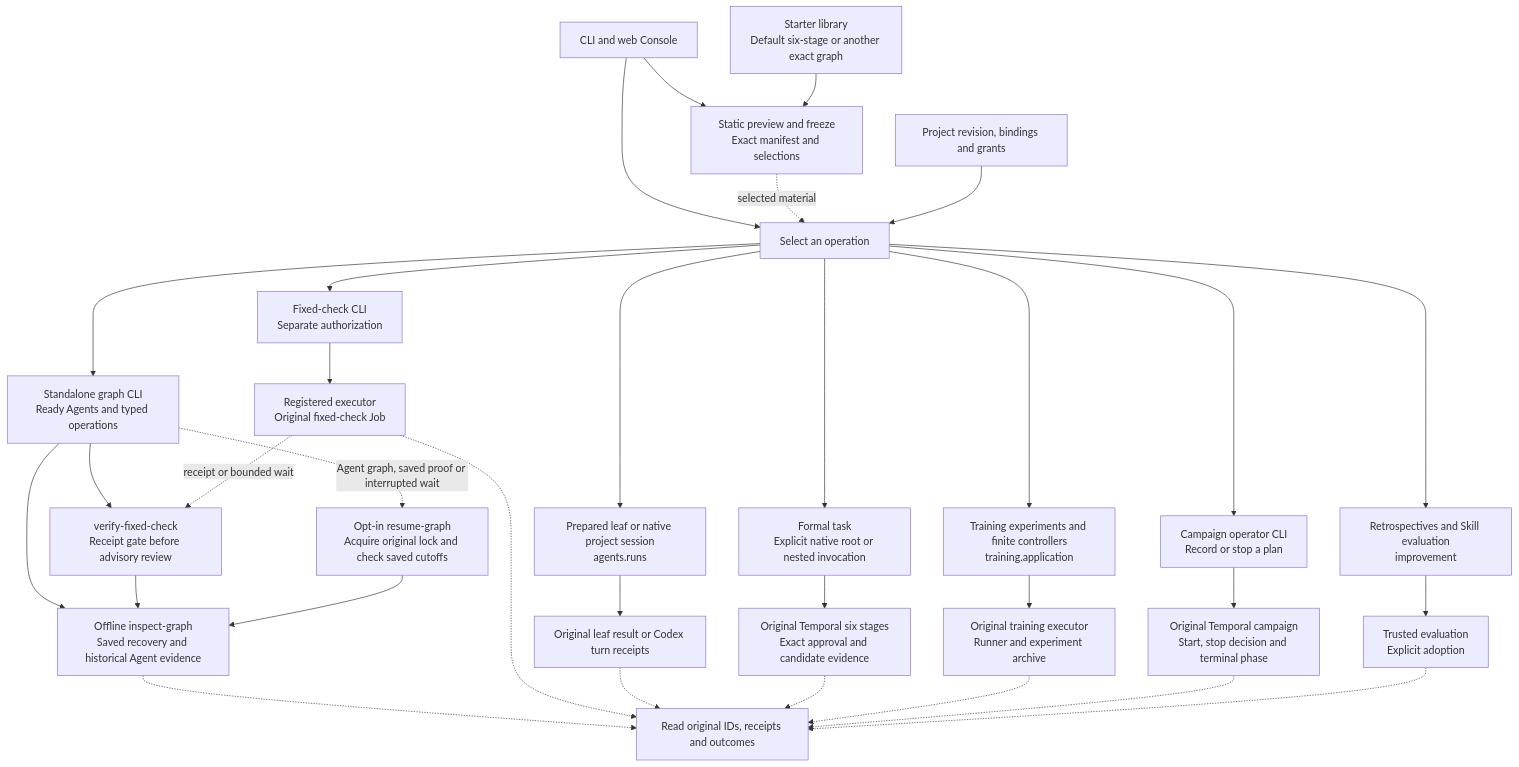
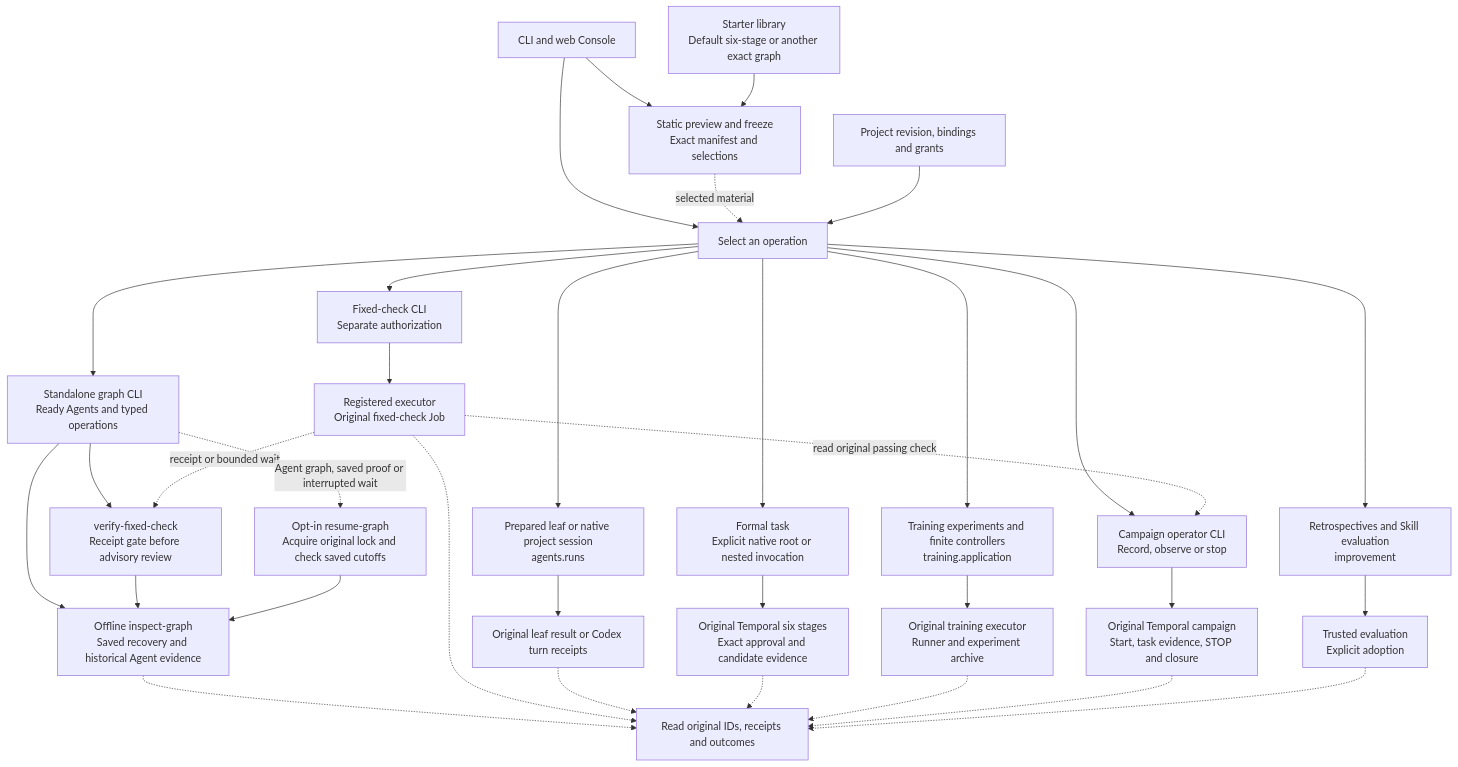
One commit to 626619403/Ergora changed the diagram in docs/architecture/framework-tour.md. Above: the diagram before and after it, drawn with Mermaid. The commit also changed other lines of this file and 1 other file, not shown here.

Commit message:
Map original fixed-check evidence in campaigns

````diff
--- a/docs/architecture/framework-tour.md
+++ b/docs/architecture/framework-tour.md
@@ -13,37 +13,38 @@
 ```mermaid
 flowchart TB
   Entry["CLI and web Console"] --> Select["Select an operation"]
   Entry --> Freeze["Static preview and freeze<br/>Exact manifest and selections"]
   Assets["Starter library<br/>Default six-stage or another exact graph"] --> Freeze
   Freeze -. "selected material" .-> Select
   Config["Project revision, bindings and grants"] --> Select
 
   Select --> Check["Fixed-check CLI<br/>Separate authorization"]
   Select --> Graph["Standalone graph CLI<br/>Ready Agents and typed operations"]
   Select --> Session["Prepared leaf or native project session<br/>agents.runs"]
   Select --> Dev["Formal task<br/>Explicit native root or nested invocation"]
   Select --> Train["Training experiments and finite controllers<br/>training.application"]
-  Select --> Campaign["Campaign operator CLI<br/>Record or stop a plan"]
+  Select --> Campaign["Campaign operator CLI<br/>Record, observe or stop"]
   Select --> Improve["Retrospectives and Skill evaluation<br/>improvement"]
 
   Check --> CheckJob["Registered executor<br/>Original fixed-check Job"]
   Graph --> GraphProof["Offline inspect-graph<br/>Saved recovery and historical Agent evidence"]
   Graph --> Gate["verify-fixed-check<br/>Receipt gate before advisory review"]
   CheckJob -. "receipt or bounded wait" .-> Gate
+  CheckJob -. "read original passing check" .-> Campaign
   Gate --> GraphProof
   Graph -. "Agent graph, saved proof or interrupted wait" .-> Resume["Opt-in resume-graph<br/>Acquire original lock and check saved cutoffs"]
   Resume --> GraphProof
   Session --> Turn["Original leaf result or Codex turn receipts"]
   Dev --> Six["Original Temporal six stages<br/>Exact approval and candidate evidence"]
   Train --> Runner["Original training executor<br/>Runner and experiment archive"]
-  Campaign --> CampaignRun["Original Temporal campaign<br/>Start, stop decision and terminal phase"]
+  Campaign --> CampaignRun["Original Temporal campaign<br/>Start, task evidence, STOP and closure"]
   Improve --> Eval["Trusted evaluation<br/>Explicit adoption"]
 
   GraphProof -.-> Recover["Read original IDs, receipts and outcomes"]
   CheckJob -.-> Recover
   Turn -.-> Recover
   Six -.-> Recover
   Runner -.-> Recover
   CampaignRun -.-> Recover
   Eval -.-> Recover
 ```
````
